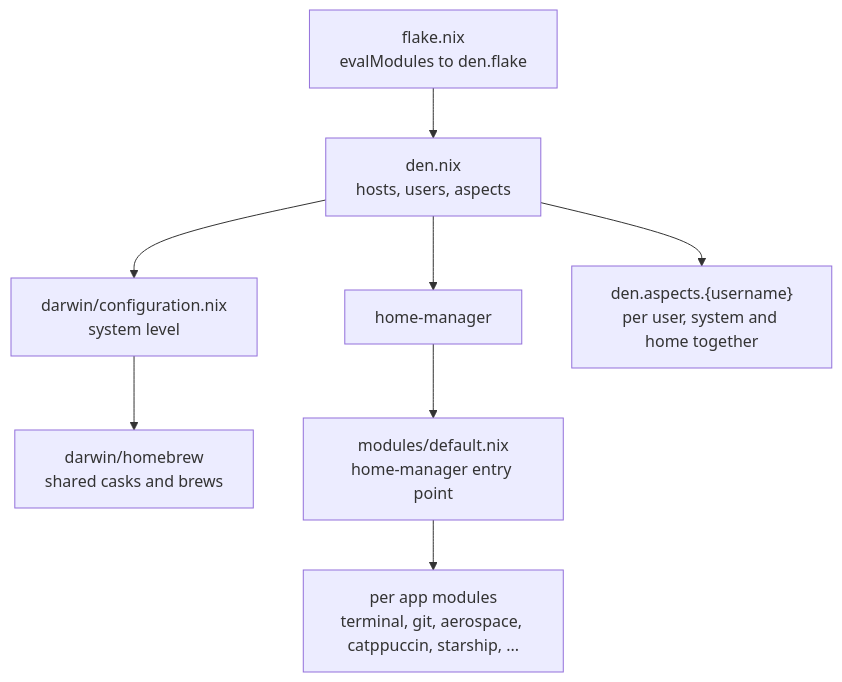
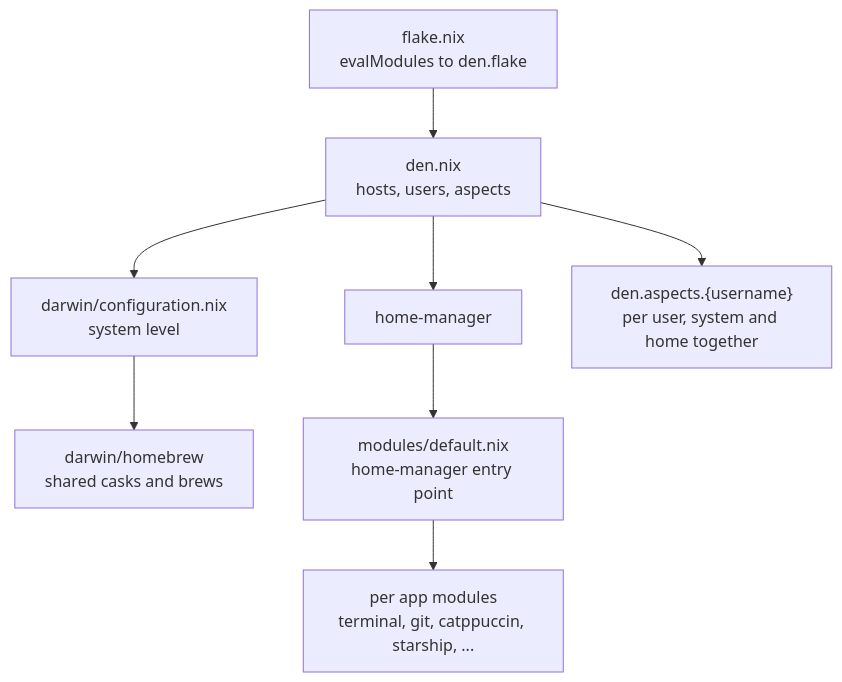
Before and after one commit to derangga/dotfiles: the diagram in README.md, drawn with Mermaid. The commit also changed other lines of this file and 4 other files, not shown here.

````diff
--- a/README.md
+++ b/README.md
@@ -37,11 +37,11 @@
 ```mermaid
 flowchart TD
     flake["flake.nix<br/>evalModules to den.flake"]
     flake --> den["den.nix<br/>hosts, users, aspects"]
     den --> darwin["darwin/configuration.nix<br/>system level"]
     den --> hm["home-manager"]
     den --> user["den.aspects.{username}<br/>per user, system and home together"]
     darwin --> brew["darwin/homebrew<br/>shared casks and brews"]
     hm --> modules["modules/default.nix<br/>home-manager entry point"]
-    modules --> apps["per app modules<br/>terminal, git, aerospace, catppuccin, starship, ..."]
+    modules --> apps["per app modules<br/>terminal, git, catppuccin, starship, ..."]
 ```
````
